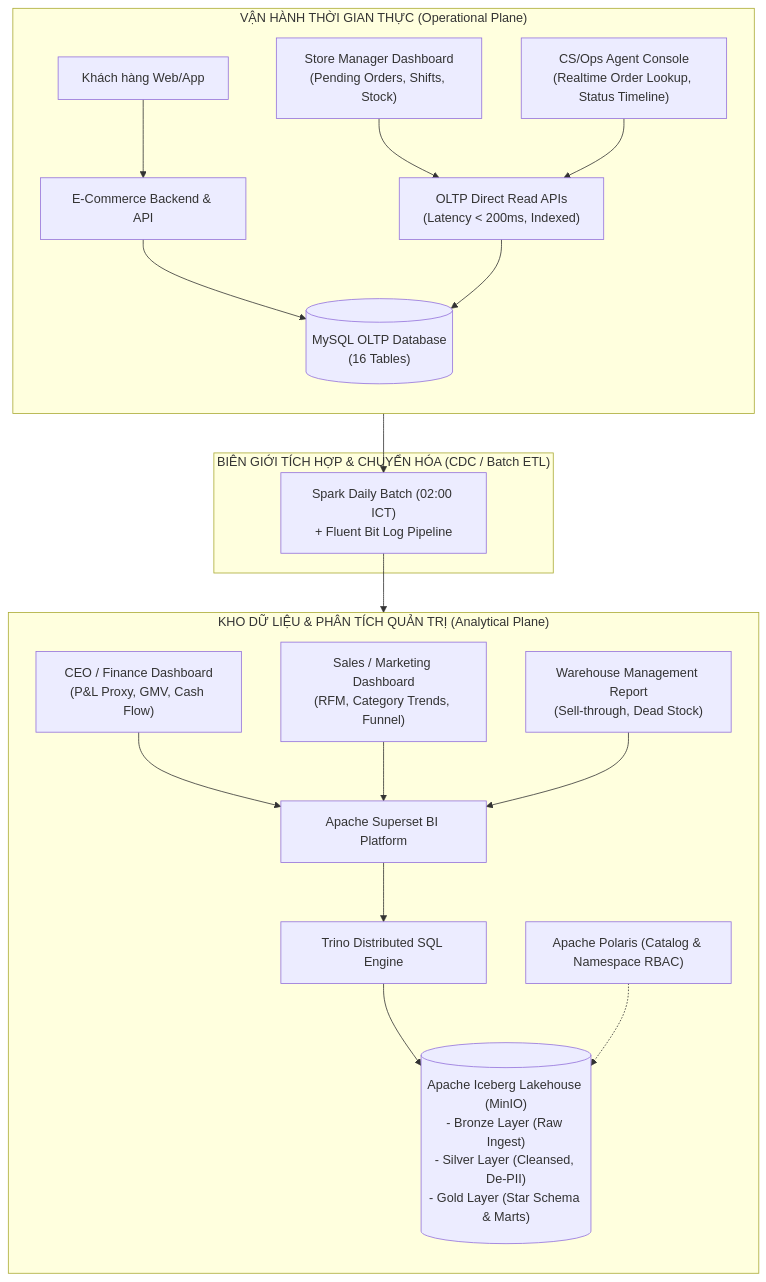
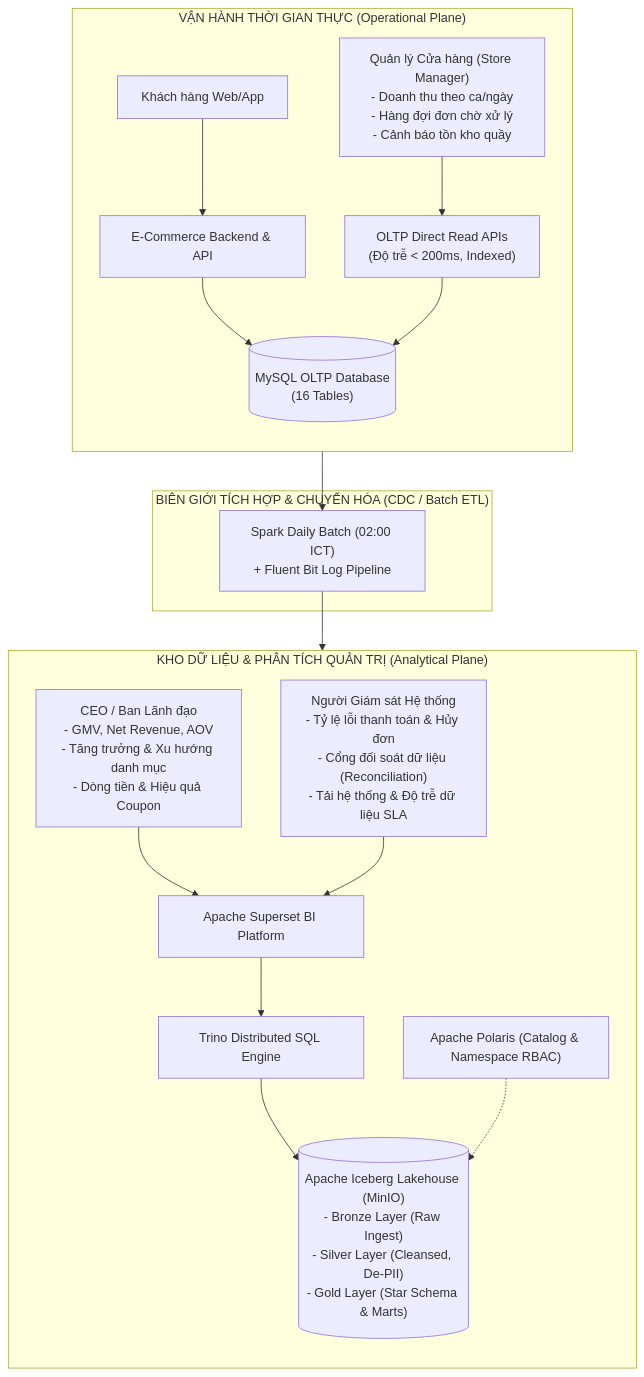
The first of 7 diagrams in docs/architecture/MANAGEMENT_INFO_TECHNICAL_SPEC.md (DanhTrannn/TLCN), drawn with Mermaid before and after one commit. The commit also changed other lines of this file and 4 other files, not shown here.

````diff
--- a/docs/architecture/MANAGEMENT_INFO_TECHNICAL_SPEC.md
+++ b/docs/architecture/MANAGEMENT_INFO_TECHNICAL_SPEC.md
@@ -62,29 +60,27 @@
 ```mermaid
 flowchart TB
     subgraph Operational_Plane["VẬN HÀNH THỜI GIAN THỰC (Operational Plane)"]
         direction TB
         AppUser["Khách hàng Web/App"] --> WebApp["E-Commerce Backend & API"]
         WebApp --> MySQL[("MySQL OLTP Database\n(16 Tables)")]
         
-        StoreMgr["Store Manager Dashboard\n(Pending Orders, Shifts, Stock)"] --> OLTP_API["OLTP Direct Read APIs\n(Latency < 200ms, Indexed)"]
-        CS_Agent["CS/Ops Agent Console\n(Realtime Order Lookup, Status Timeline)"] --> OLTP_API
+        StoreMgr["Quản lý Cửa hàng (Store Manager)\n- Doanh thu theo ca/ngày\n- Hàng đợi đơn chờ xử lý\n- Cảnh báo tồn kho quầy"] --> OLTP_API["OLTP Direct Read APIs\n(Độ trễ < 200ms, Indexed)"]
         OLTP_API --> MySQL
     end
 
     subgraph ETL_Boundary["BIÊN GIỚI TÍCH HỢP & CHUYỂN HÓA (CDC / Batch ETL)"]
         MySQL --> Ingestion["Spark Daily Batch (02:00 ICT)\n+ Fluent Bit Log Pipeline"]
     end
 
     subgraph Analytical_Plane["KHO DỮ LIỆU & PHÂN TÍCH QUẢN TRỊ (Analytical Plane)"]
         direction TB
         Ingestion --> Lakehouse[("Apache Iceberg Lakehouse (MinIO)\n- Bronze Layer (Raw Ingest)\n- Silver Layer (Cleansed, De-PII)\n- Gold Layer (Star Schema & Marts)")]
         
         Engine["Trino Distributed SQL Engine"] --> Lakehouse
         Catalog["Apache Polaris (Catalog & Namespace RBAC)"] -.-> Lakehouse
         
         Superset["Apache Superset BI Platform"] --> Engine
-        CEO["CEO / Finance Dashboard\n(P&L Proxy, GMV, Cash Flow)"] --> Superset
-        Sales["Sales / Marketing Dashboard\n(RFM, Category Trends, Funnel)"] --> Superset
-        WarehouseMgr["Warehouse Management Report\n(Sell-through, Dead Stock)"] --> Superset
+        CEO["CEO / Ban Lãnh đạo\n- GMV, Net Revenue, AOV\n- Tăng trưởng & Xu hướng danh mục\n- Dòng tiền & Hiệu quả Coupon"] --> Superset
+        SysAdmin["Người Giám sát Hệ thống\n- Tỷ lệ lỗi thanh toán & Hủy đơn\n- Cổng đối soát dữ liệu (Reconciliation)\n- Tải hệ thống & Độ trễ dữ liệu SLA"] --> Superset
     end
 ```
````
